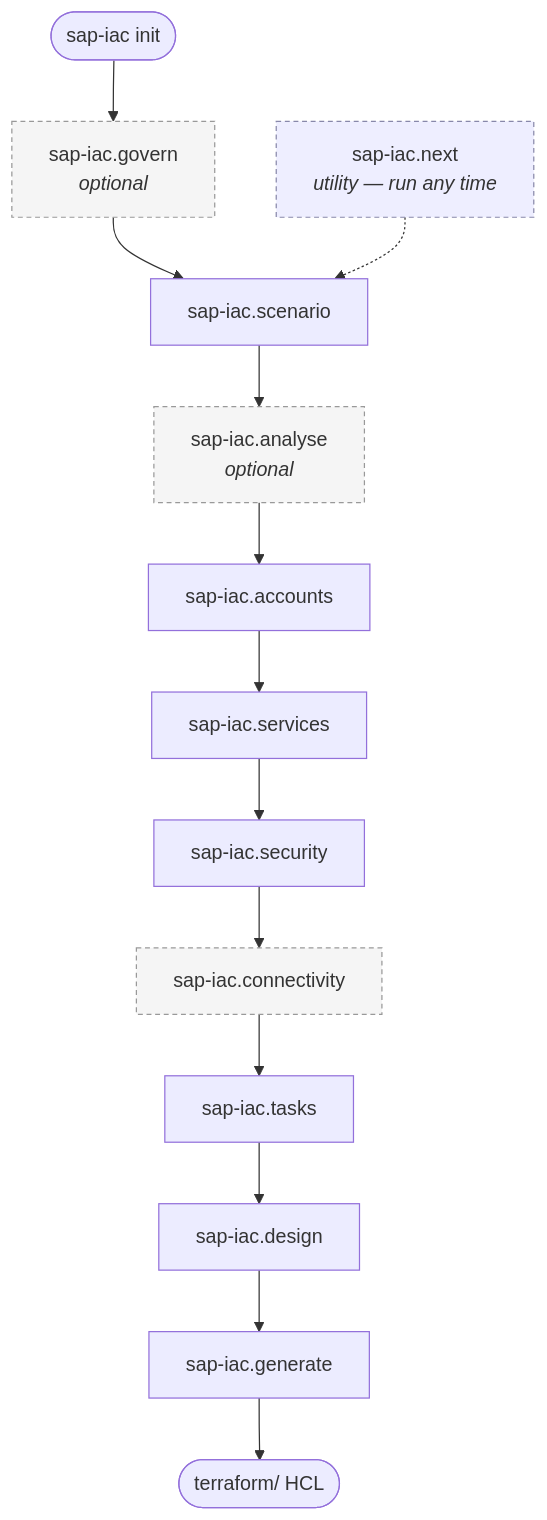
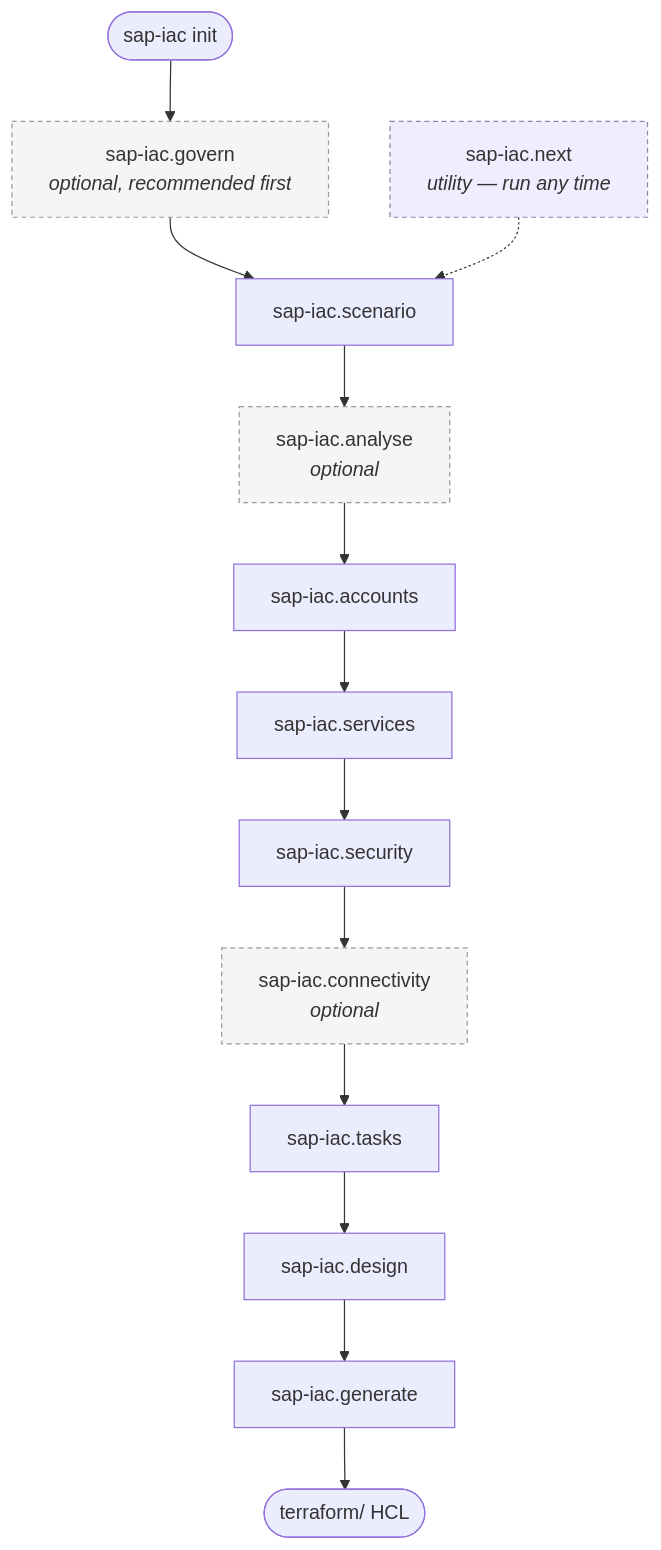
Before and after one commit to SAP/iac-spec-kit-for-sap-business-ai-platform: the diagram in docs/usage.md, drawn with Mermaid. The commit also changed other lines of this file and 19 other files, not shown here.

````diff
--- a/docs/usage.md
+++ b/docs/usage.md
@@ -95,22 +99,22 @@
 ```mermaid
 flowchart TD
     init([sap-iac init]) --> govern
 
-    govern["sap-iac.govern<br/><i>optional</i>"] --> scenario[sap-iac.scenario]
+    govern["sap-iac.govern<br/><i>optional, recommended first</i>"] --> scenario[sap-iac.scenario]
     scenario --> analyse["sap-iac.analyse<br/><i>optional</i>"]
     analyse --> accounts[sap-iac.accounts]
     accounts --> services[sap-iac.services]
     services --> security[sap-iac.security]
-    security --> connectivity["sap-iac.connectivity"]
+    security --> connectivity["sap-iac.connectivity<br/><i>optional</i>"]
     connectivity --> tasks[sap-iac.tasks]
     tasks --> design[sap-iac.design]
     design --> generate[sap-iac.generate]
     generate --> tf([terraform/ HCL])
 
     next["sap-iac.next<br/><i>utility — run any time</i>"] -.-> scenario
 
     classDef optional fill:#f5f5f5,stroke:#999,stroke-dasharray:4 3;
     classDef util fill:#eef,stroke:#88a,stroke-dasharray:4 3;
     class govern,analyse,connectivity optional;
     class next util;
 ```
````
